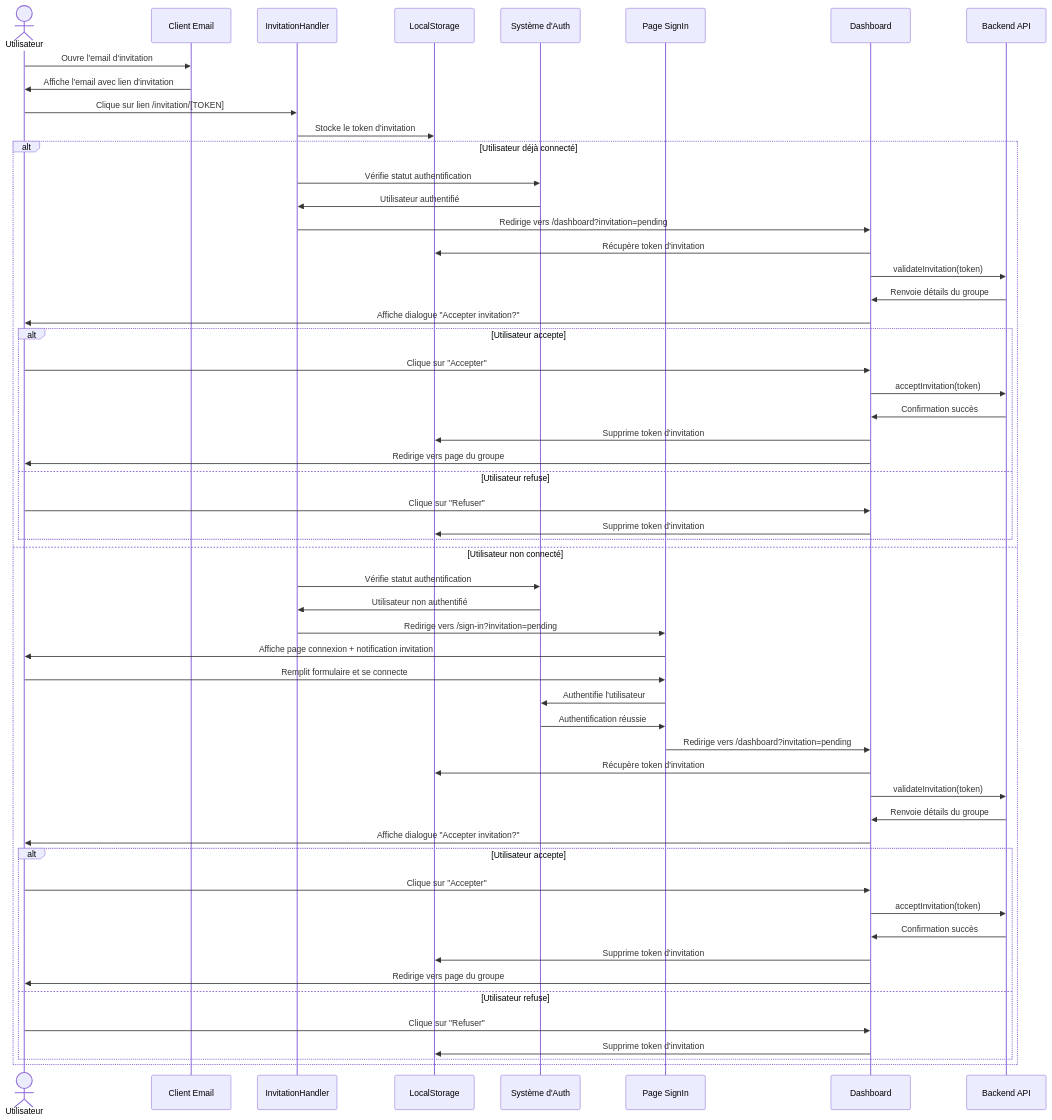
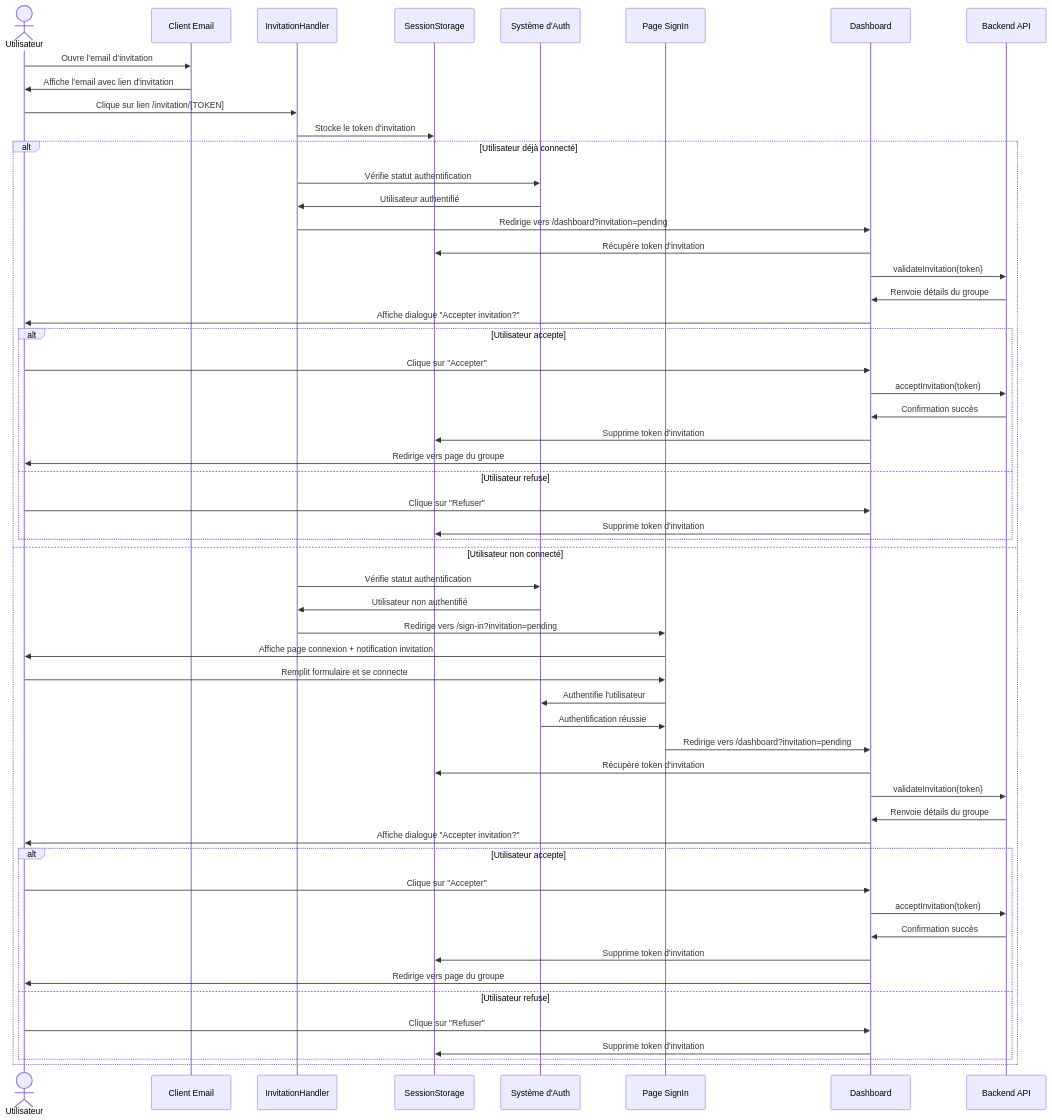
One commit to WildCodeSchool/2409-wns-rouge-giftwhisper changed the second of 2 diagrams in docs/group-invitation.md. Above: the diagram before and after it, drawn with Mermaid. The commit also changed other lines of this file and 13 other files, not shown here.

````diff
--- a/docs/group-invitation.md
+++ b/docs/group-invitation.md
@@ -61,69 +61,69 @@
 ```mermaid
 sequenceDiagram
     actor User as Utilisateur
     participant Email as Client Email
     participant IH as InvitationHandler
-    participant LS as LocalStorage
+    participant LS as SessionStorage
     participant Auth as Système d'Auth
     participant SI as Page SignIn
     participant DB as Dashboard
     participant API as Backend API
 
     User->>Email: Ouvre l'email d'invitation
     Email->>User: Affiche l'email avec lien d'invitation
     User->>IH: Clique sur lien /invitation/[TOKEN]
     
     IH->>LS: Stocke le token d'invitation
     
     alt Utilisateur déjà connecté
         IH->>Auth: Vérifie statut authentification
         Auth->>IH: Utilisateur authentifié
         IH->>DB: Redirige vers /dashboard?invitation=pending
         
         DB->>LS: Récupère token d'invitation
         DB->>API: validateInvitation(token)
         API->>DB: Renvoie détails du groupe
         
         DB->>User: Affiche dialogue "Accepter invitation?"
         
         alt Utilisateur accepte
             User->>DB: Clique sur "Accepter"
             DB->>API: acceptInvitation(token)
             API->>DB: Confirmation succès
             DB->>LS: Supprime token d'invitation
             DB->>User: Redirige vers page du groupe
         else Utilisateur refuse
             User->>DB: Clique sur "Refuser"
             DB->>LS: Supprime token d'invitation
         end
         
     else Utilisateur non connecté
         IH->>Auth: Vérifie statut authentification
         Auth->>IH: Utilisateur non authentifié
         IH->>SI: Redirige vers /sign-in?invitation=pending
         
         SI->>User: Affiche page connexion + notification invitation
         User->>SI: Remplit formulaire et se connecte
         SI->>Auth: Authentifie l'utilisateur
         Auth->>SI: Authentification réussie
         
         SI->>DB: Redirige vers /dashboard?invitation=pending
         
         DB->>LS: Récupère token d'invitation
         DB->>API: validateInvitation(token)
         API->>DB: Renvoie détails du groupe
         
         DB->>User: Affiche dialogue "Accepter invitation?"
         
         alt Utilisateur accepte
             User->>DB: Clique sur "Accepter"
             DB->>API: acceptInvitation(token)
             API->>DB: Confirmation succès
             DB->>LS: Supprime token d'invitation
             DB->>User: Redirige vers page du groupe
         else Utilisateur refuse
             User->>DB: Clique sur "Refuser"
             DB->>LS: Supprime token d'invitation
         end
     end
 ```
````
